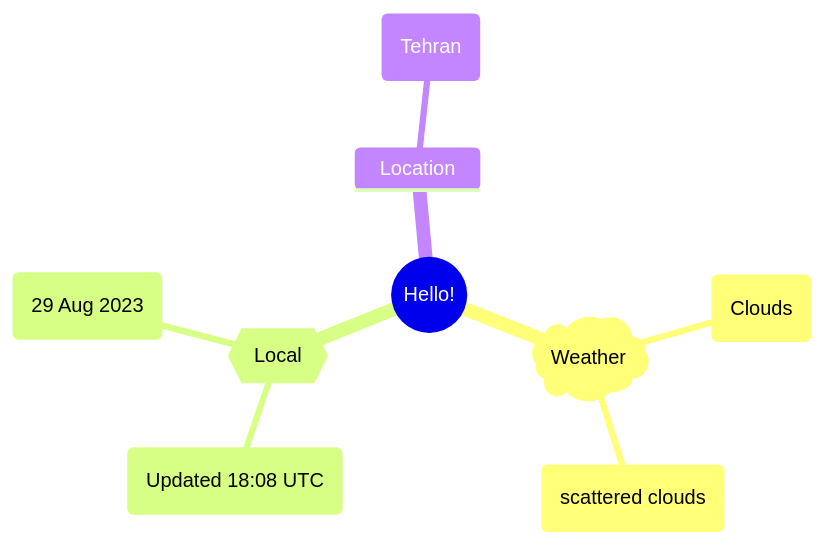
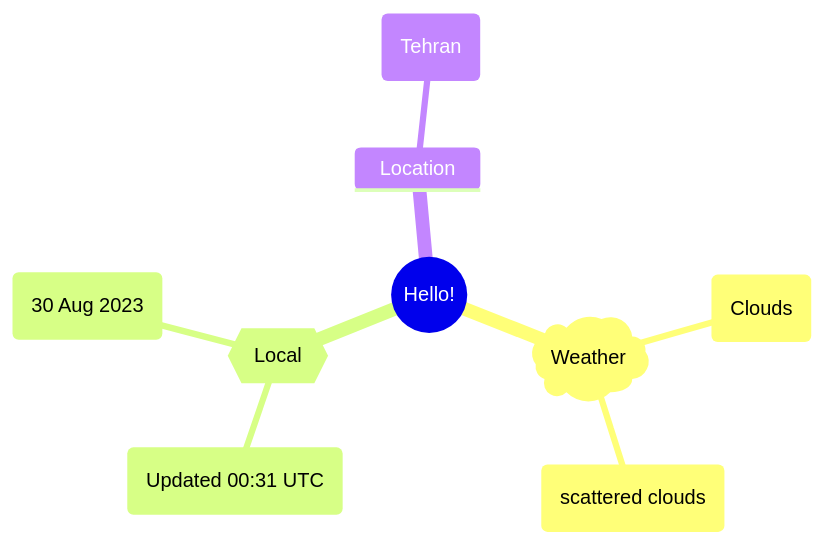
The first of 2 diagrams in README.md (Xosrov/Xosrov), drawn with Mermaid before and after one commit.

Commit message:
[bot] updated images

````diff
--- a/README.md
+++ b/README.md
@@ -3,12 +3,12 @@
 ```mermaid
 mindmap
   root((Hello!))
     )Weather(
         (Clouds)
         (scattered clouds)
     {{Local}}
-        (Updated 18:08 UTC)
-        (29 Aug 2023)
+        (Updated 00:31 UTC)
+        (30 Aug 2023)
     Location
         (Tehran)
 ```
````
